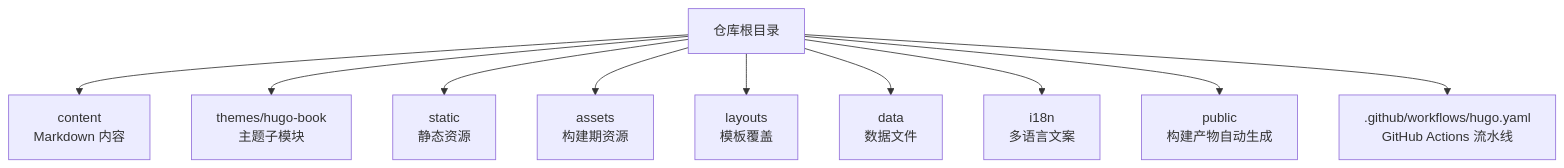
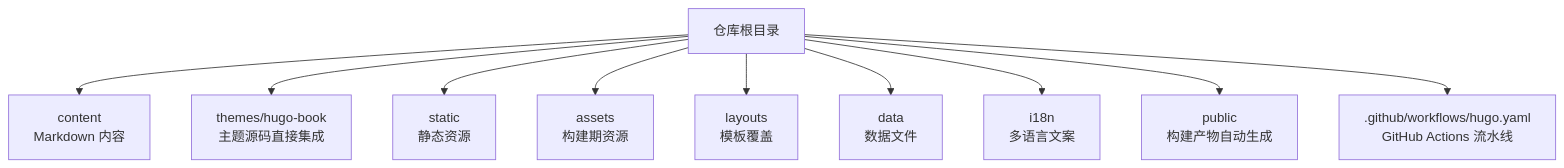
One commit to nianjiang/nianjiang.github.io changed the first of 4 diagrams in .qoder/repowiki/zh/content/快速开始.md. Above: the diagram before and after it, drawn with Mermaid. The commit also changed other lines of this file and 22 other files, not shown here.

````diff
--- a/.qoder/repowiki/zh/content/快速开始.md
+++ b/.qoder/repowiki/zh/content/快速开始.md
@@ -47,12 +53,12 @@
 ```mermaid
 graph TB
 A["仓库根目录"] --> B["content<br/>Markdown 内容"]
-A --> C["themes/hugo-book<br/>主题子模块"]
+A --> C["themes/hugo-book<br/>主题源码直接集成"]
 A --> D["static<br/>静态资源"]
 A --> E["assets<br/>构建期资源"]
 A --> F["layouts<br/>模板覆盖"]
 A --> G["data<br/>数据文件"]
 A --> H["i18n<br/>多语言文案"]
 A --> I["public<br/>构建产物自动生成"]
 A --> J[".github/workflows/hugo.yaml<br/>GitHub Actions 流水线"]
 ```
````
